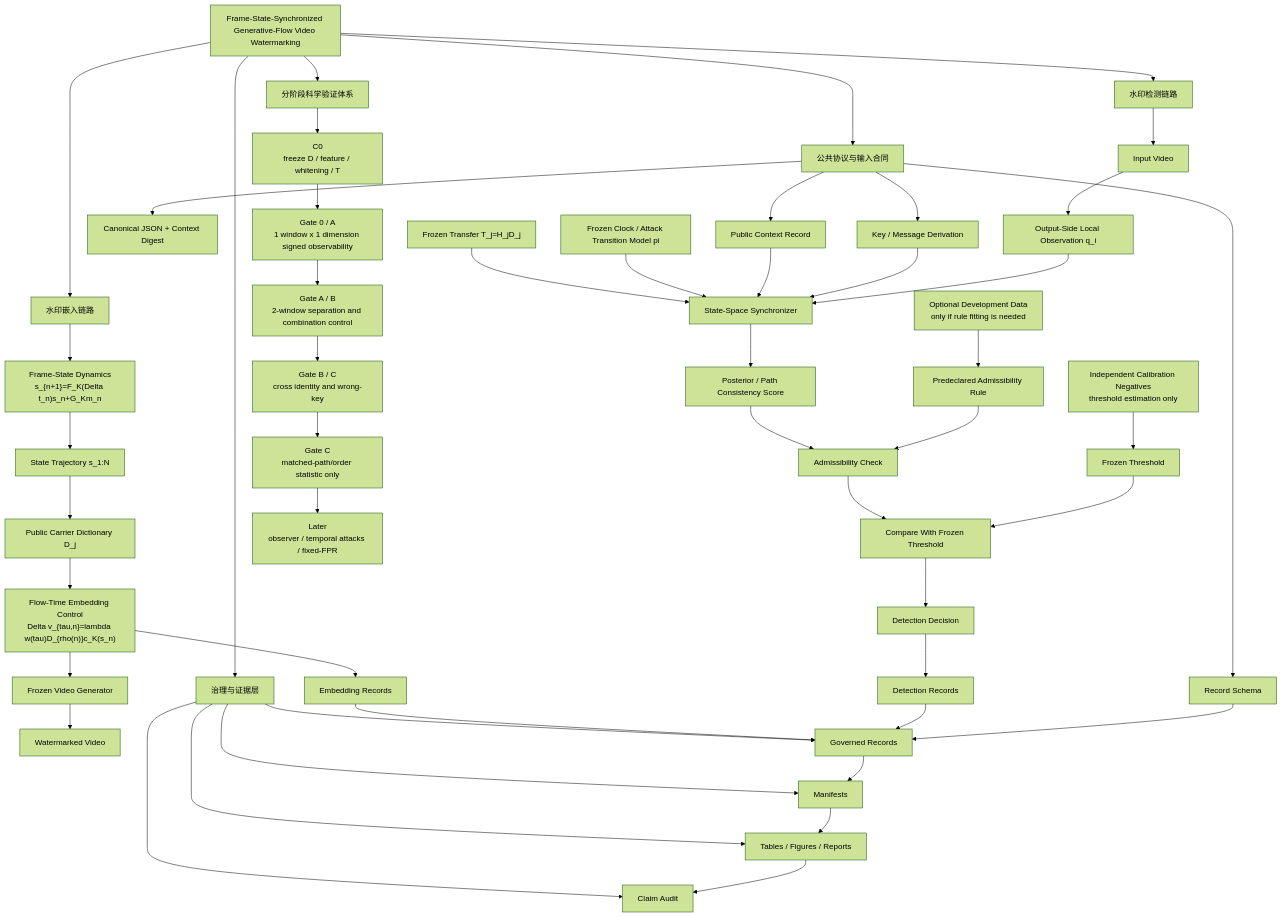
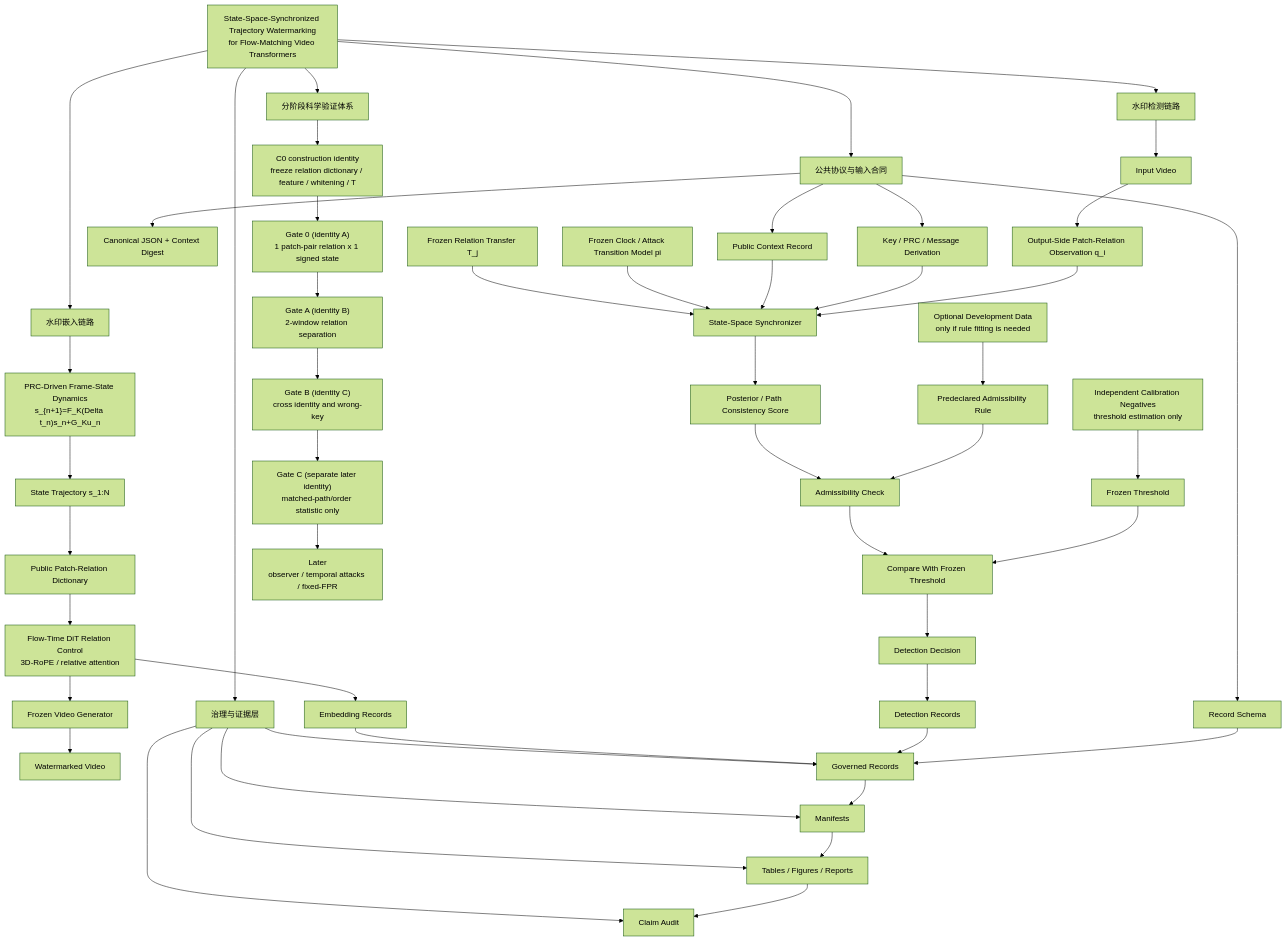
One commit to RICHAAARC/SSTW changed the diagram in docs/builds/frame_state_synchronized_generative_flow_video_watermark_method_design.md. Above: the diagram before and after it, drawn with Mermaid (forest theme). The commit also changed other lines of this file and 1 other file, not shown here.

Commit message:
Align Patch-relation SSTW method contracts

````diff
--- a/docs/builds/frame_state_synchronized_generative_flow_video_watermark_method_design.md
+++ b/docs/builds/frame_state_synchronized_generative_flow_video_watermark_method_design.md
@@ -252,59 +317,59 @@
 ```mermaid
 flowchart TB
-  A["Frame-State-Synchronized Generative-Flow Video Watermarking"]
+  A["State-Space-Synchronized Trajectory Watermarking<br/>for Flow-Matching Video Transformers"]
 
   A --> P["公共协议与输入合同"]
   A --> E["水印嵌入链路"]
   A --> D["水印检测链路"]
   A --> V["分阶段科学验证体系"]
   A --> G["治理与证据层"]
 
   P --> P1["Public Context Record"]
   P --> P2["Canonical JSON + Context Digest"]
-  P --> P3["Key / Message Derivation"]
+  P --> P3["Key / PRC / Message Derivation"]
   P --> P4["Record Schema"]
 
-  E --> E1["Frame-State Dynamics<br/>s_{n+1}=F_K(Delta t_n)s_n+G_Km_n"]
+  E --> E1["PRC-Driven Frame-State Dynamics<br/>s_{n+1}=F_K(Delta t_n)s_n+G_Ku_n"]
   E1 --> E2["State Trajectory s_1:N"]
-  E2 --> E3["Public Carrier Dictionary D_j"]
-  E3 --> E4["Flow-Time Embedding Control<br/>Delta v_{tau,n}=lambda w(tau)D_{rho(n)}c_K(s_n)"]
+  E2 --> E3["Public Patch-Relation Dictionary"]
+  E3 --> E4["Flow-Time DiT Relation Control<br/>3D-RoPE / relative attention"]
   E4 --> E5["Frozen Video Generator"]
   E5 --> E6["Watermarked Video"]
   E4 --> E7["Embedding Records"]
 
   D --> D1["Input Video"]
-  D1 --> D2["Output-Side Local Observation q_i"]
-  D0["Frozen Transfer T_j=H_jD_j"] --> D3["State-Space Synchronizer"]
+  D1 --> D2["Output-Side Patch-Relation Observation q_i"]
+  D0["Frozen Relation Transfer T_j"] --> D3["State-Space Synchronizer"]
   D4["Frozen Clock / Attack Transition Model pi"] --> D3
   P1 --> D3
   P3 --> D3
   D2 --> D3
   D3 --> D5["Posterior / Path Consistency Score"]
   R0["Predeclared Admissibility Rule"]
   D5 --> D6["Admissibility Check"]
   R0 --> D6
   C0["Optional Development Data<br/>only if rule fitting is needed"] --> R0
   C1["Independent Calibration Negatives<br/>threshold estimation only"] --> C2["Frozen Threshold"]
   D6 --> D7["Compare With Frozen Threshold"]
   C2 --> D7
   D7 --> D8["Detection Decision"]
   D8 --> D9["Detection Records"]
 
-  V --> V0["C0<br/>freeze D / feature / whitening / T"]
-  V0 --> V1["Gate 0 / A<br/>1 window x 1 dimension signed observability"]
-  V1 --> V2["Gate A / B<br/>2-window separation and combination control"]
-  V2 --> V3["Gate B / C<br/>cross identity and wrong-key"]
-  V3 --> V4["Gate C<br/>matched-path/order statistic only"]
+  V --> V0["C0 construction identity<br/>freeze relation dictionary / feature / whitening / T"]
+  V0 --> V1["Gate 0 (identity A)<br/>1 patch-pair relation x 1 signed state"]
+  V1 --> V2["Gate A (identity B)<br/>2-window relation separation"]
+  V2 --> V3["Gate B (identity C)<br/>cross identity and wrong-key"]
+  V3 --> V4["Gate C (separate later identity)<br/>matched-path/order statistic only"]
   V4 --> V5["Later<br/>observer / temporal attacks / fixed-FPR"]
 
   G --> G1["Governed Records"]
   G --> G2["Manifests"]
   G --> G3["Tables / Figures / Reports"]
   G --> G4["Claim Audit"]
   E7 --> G1
   D9 --> G1
   P4 --> G1
   G1 --> G2
   G2 --> G3
   G3 --> G4
 ```
````
